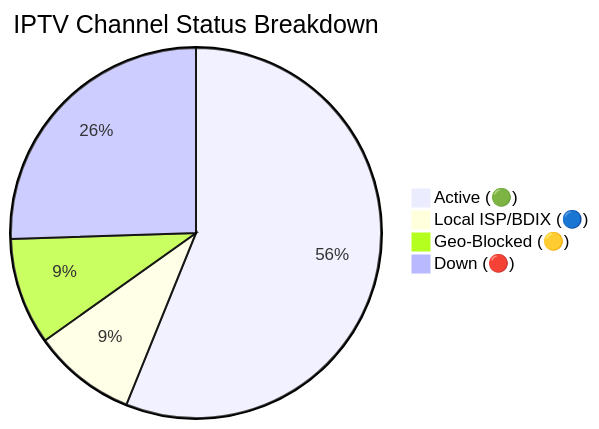
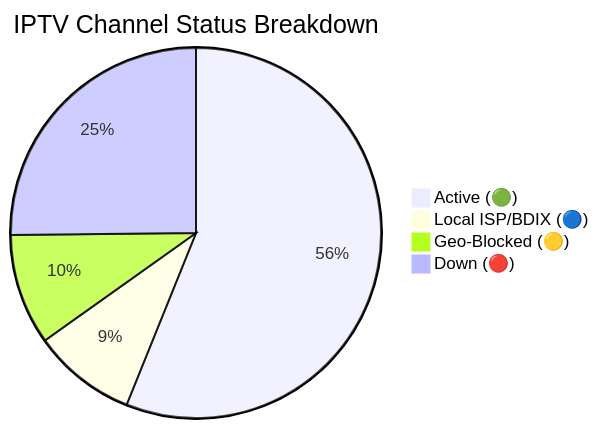
Before and after one commit to Zaman-Topu/Ip-tv-Collection: the diagram in README.md, drawn with Mermaid. The commit also changed other lines of this file and 6 other files, not shown here.

````diff
--- a/README.md
+++ b/README.md
@@ -149,7 +149,7 @@
 ```mermaid
 pie title IPTV Channel Status Breakdown
-    "Active (🟢)" : 10675
-    "Local ISP/BDIX (🔵)" : 1716
-    "Geo-Blocked (🟡)" : 1775
-    "Down (🔴)" : 4852
+    "Active (🟢)" : 10683
+    "Local ISP/BDIX (🔵)" : 1723
+    "Geo-Blocked (🟡)" : 1841
+    "Down (🔴)" : 4793
 ```
````
